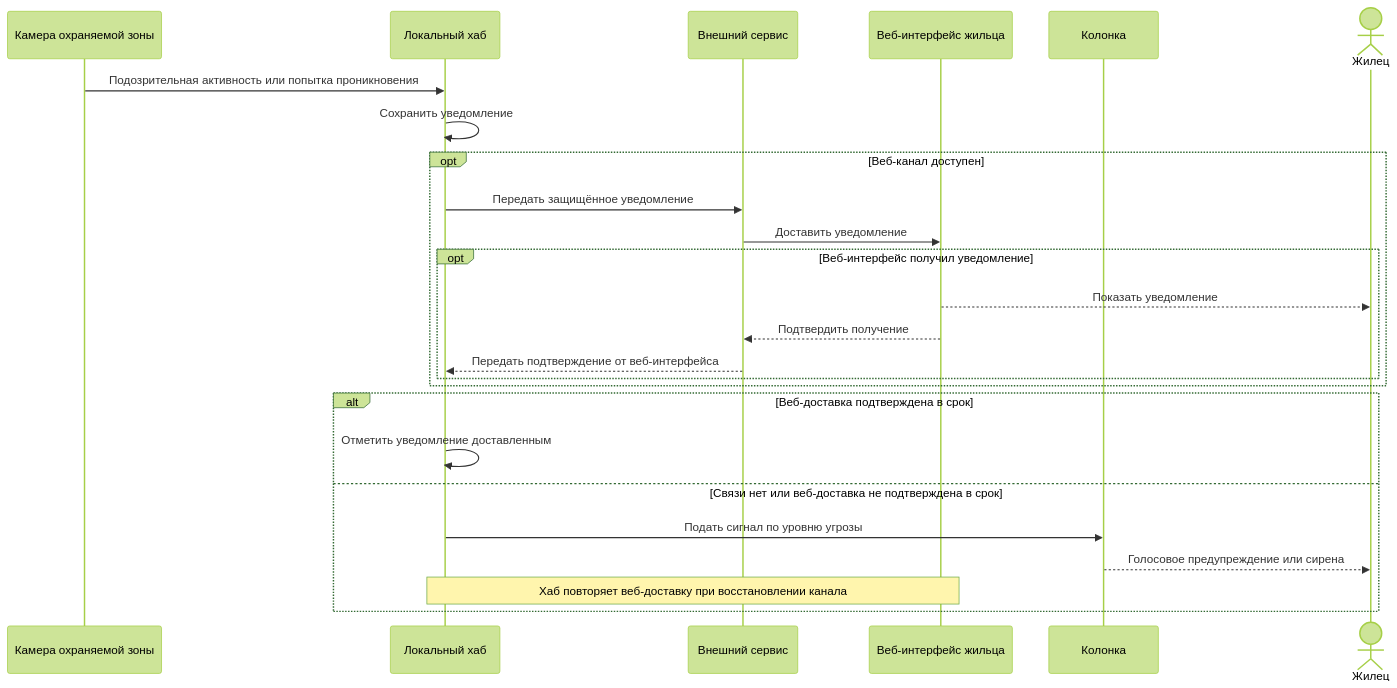
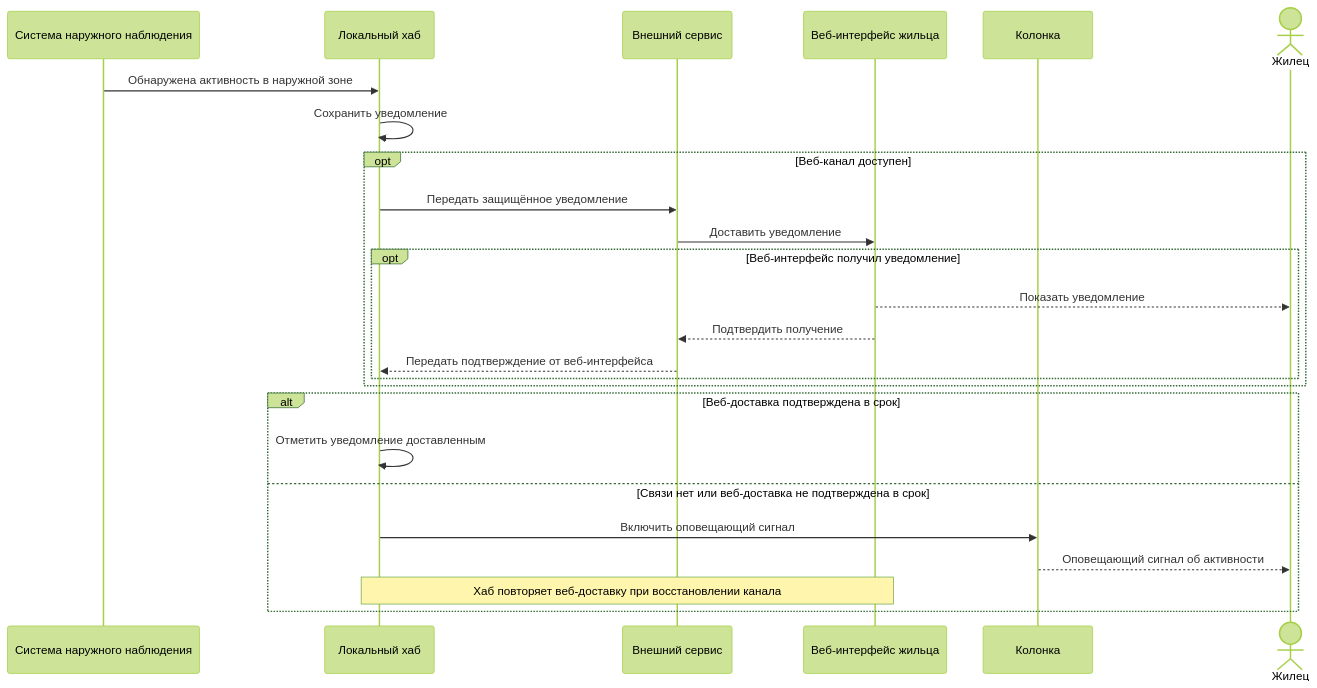
One commit to BPLA-Team/carrot-apples changed the diagram in customer_side/base_scenarios/S05_INTRUSION_ALERT.md. Above: the diagram before and after it, drawn with Mermaid (forest theme). The commit also changed other lines of this file and 5 other files, not shown here.

````diff
--- a/customer_side/base_scenarios/S05_INTRUSION_ALERT.md
+++ b/customer_side/base_scenarios/S05_INTRUSION_ALERT.md
@@ -5,27 +5,27 @@
 ```mermaid
 sequenceDiagram
-    participant V as Камера охраняемой зоны
+    participant V as Система наружного наблюдения
     participant H as Локальный хаб
     participant S as Внешний сервис
     participant W as Веб-интерфейс жильца
     participant K as Колонка
     actor R as Жилец
-    V->>H: Подозрительная активность или попытка проникновения
+    V->>H: Обнаружена активность в наружной зоне
     H->>H: Сохранить уведомление
     opt Веб-канал доступен
         H->>S: Передать защищённое уведомление
         S->>W: Доставить уведомление
         opt Веб-интерфейс получил уведомление
             W-->>R: Показать уведомление
             W-->>S: Подтвердить получение
             S-->>H: Передать подтверждение от веб-интерфейса
         end
     end
     alt Веб-доставка подтверждена в срок
         H->>H: Отметить уведомление доставленным
     else Связи нет или веб-доставка не подтверждена в срок
-        H->>K: Подать сигнал по уровню угрозы
-        K-->>R: Голосовое предупреждение или сирена
+        H->>K: Включить оповещающий сигнал
+        K-->>R: Оповещающий сигнал об активности
         Note over H,W: Хаб повторяет веб-доставку при восстановлении канала
     end
 ```
````
